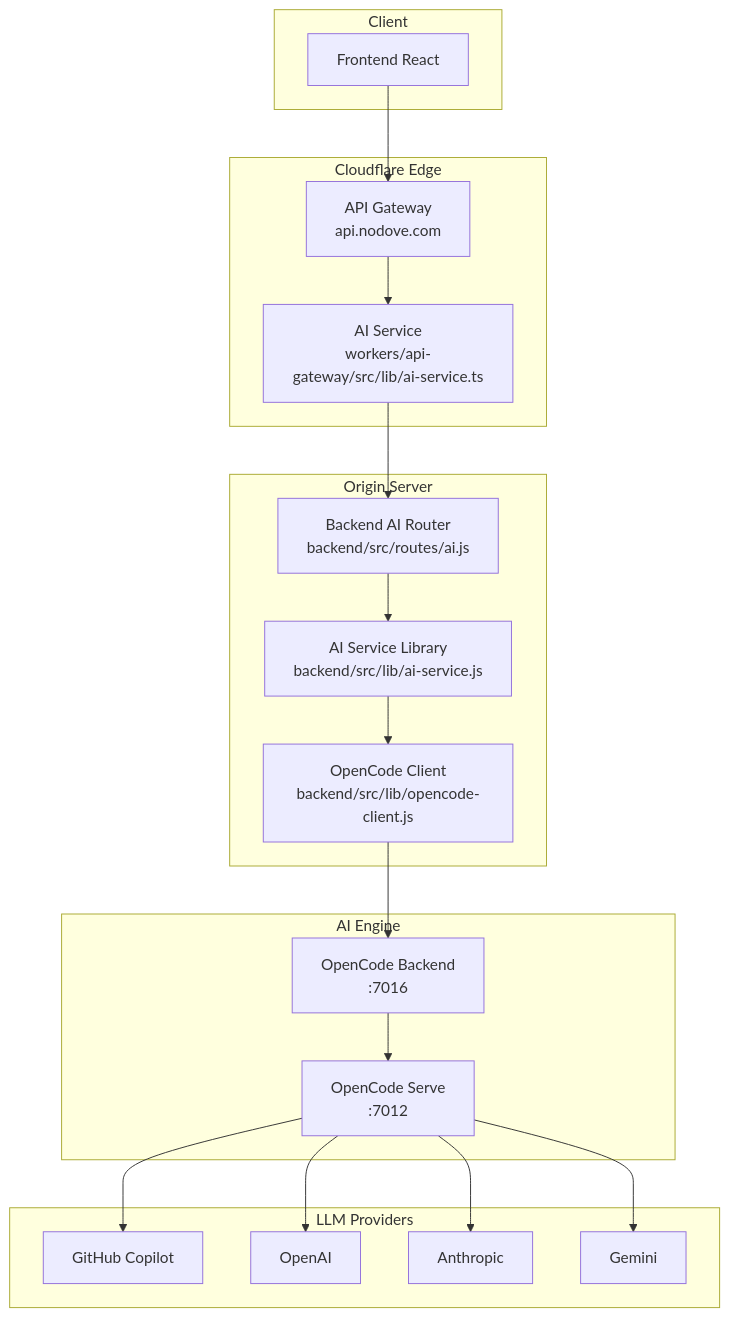
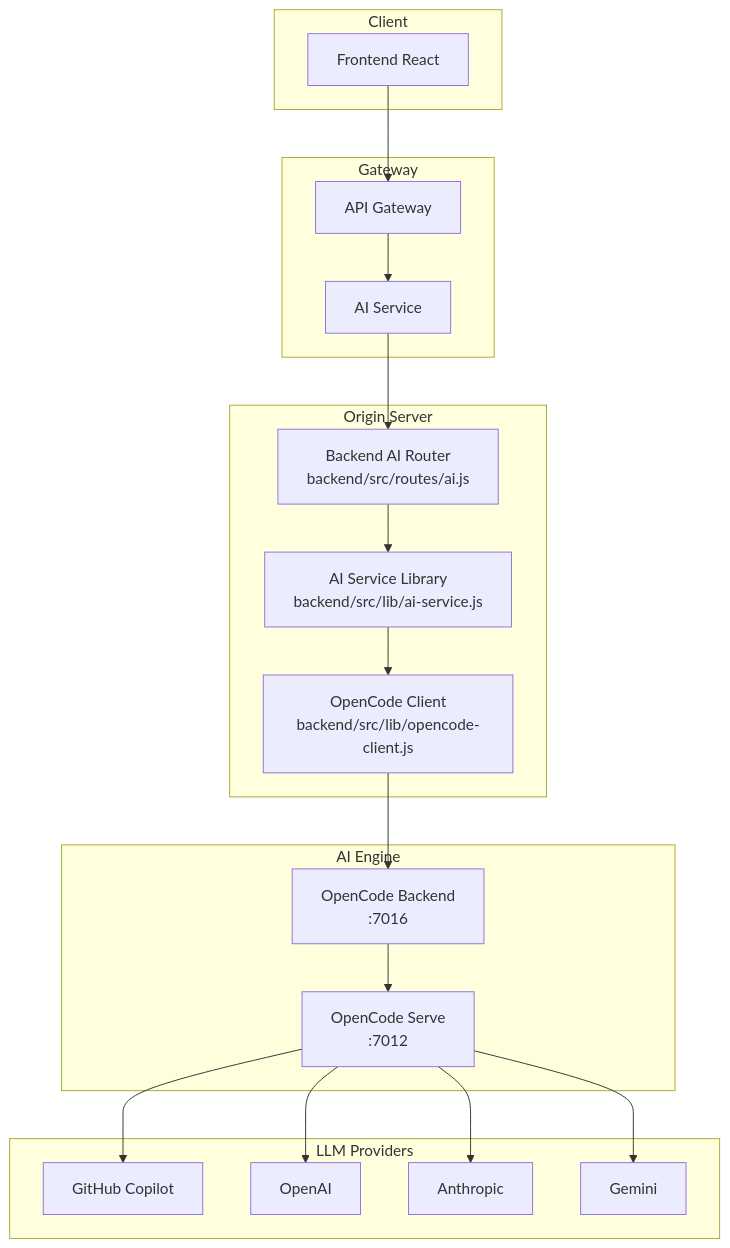
The first of 4 diagrams in docs/AI_SERVICE_ANATOMY_MAP.md (choisimo/blog), drawn with Mermaid before and after one commit. The commit also changed other lines of this file and 119 other files, not shown here.

````diff
--- a/docs/AI_SERVICE_ANATOMY_MAP.md
+++ b/docs/AI_SERVICE_ANATOMY_MAP.md
@@ -35,41 +36,41 @@
 ```mermaid
 flowchart TB
     subgraph "Client"
         FE[Frontend React]
     end
 
-    subgraph "Cloudflare Edge"
-        API_GW[API Gateway<br/>api.nodove.com]
-        AI_SVC[AI Service<br/>workers/api-gateway/src/lib/ai-service.ts]
+    subgraph "Gateway"
+        API_GW[API Gateway]
+        AI_SVC[AI Service]
     end
 
     subgraph "Origin Server"
         BE_AI[Backend AI Router<br/>backend/src/routes/ai.js]
         AI_LIB[AI Service Library<br/>backend/src/lib/ai-service.js]
         OC_CLIENT[OpenCode Client<br/>backend/src/lib/opencode-client.js]
     end
 
     subgraph "AI Engine"
         OC_BE[OpenCode Backend<br/>:7016]
         OC_SRV[OpenCode Serve<br/>:7012]
     end
 
     subgraph "LLM Providers"
         GH[GitHub Copilot]
         OAI[OpenAI]
         ANT[Anthropic]
         GEM[Gemini]
     end
 
     FE --> API_GW
     API_GW --> AI_SVC
     AI_SVC --> BE_AI
     BE_AI --> AI_LIB
     AI_LIB --> OC_CLIENT
     OC_CLIENT --> OC_BE
     OC_BE --> OC_SRV
     OC_SRV --> GH
     OC_SRV --> OAI
     OC_SRV --> ANT
     OC_SRV --> GEM
 ```
````
